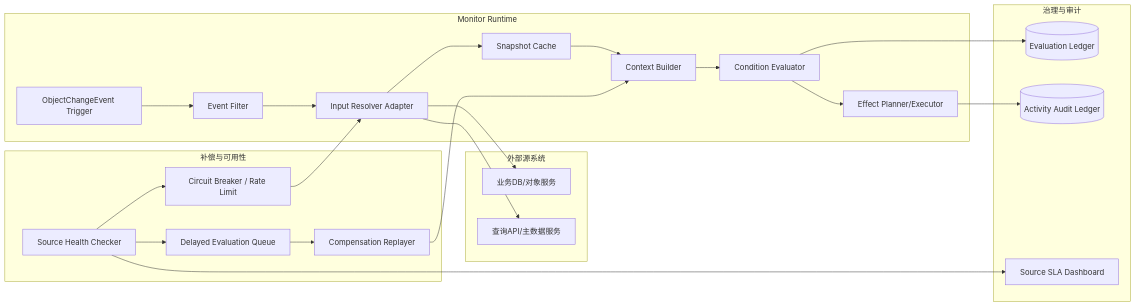
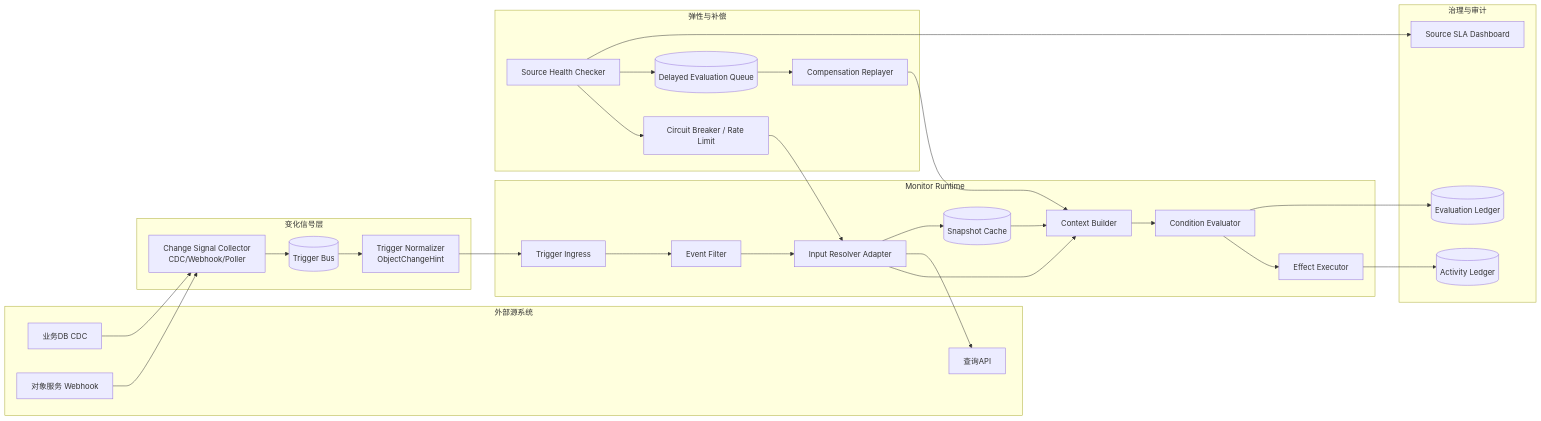
The fifth of 5 diagrams in docs/object_monitor/object_monitor_design_general.md (littleDrew/ontology), drawn with Mermaid before and after one commit. The commit also changed other lines of this file, not shown here.

````diff
--- a/docs/object_monitor/object_monitor_design_general.md
+++ b/docs/object_monitor/object_monitor_design_general.md
@@ -707,40 +613,51 @@
 ```mermaid
 flowchart LR
     subgraph SRC[外部源系统]
-      S1[业务DB/对象服务]
-      S2[查询API/主数据服务]
+      S1[业务DB CDC]
+      S2[对象服务 Webhook]
+      S3[查询API]
+    end
+
+    subgraph SIG[变化信号层]
+      T1[Change Signal Collector
+CDC/Webhook/Poller]
+      T2[(Trigger Bus)]
+      T3[Trigger Normalizer
+ObjectChangeHint]
     end
 
     subgraph RT[Monitor Runtime]
-      R1[ObjectChangeEvent Trigger]
+      R1[Trigger Ingress]
       R2[Event Filter]
       R3[Input Resolver Adapter]
-      R4[Snapshot Cache]
+      R4[(Snapshot Cache)]
       R5[Context Builder]
       R6[Condition Evaluator]
-      R7[Effect Planner/Executor]
+      R7[Effect Executor]
     end
 
-    subgraph COMP[补偿与可用性]
+    subgraph RES[弹性与补偿]
       C1[Source Health Checker]
-      C2[Delayed Evaluation Queue]
-      C3[Compensation Replayer]
-      C4[Circuit Breaker / Rate Limit]
+      C2[Circuit Breaker / Rate Limit]
+      C3[(Delayed Evaluation Queue)]
+      C4[Compensation Replayer]
     end
 
     subgraph GOV[治理与审计]
       G1[(Evaluation Ledger)]
-      G2[(Activity Audit Ledger)]
+      G2[(Activity Ledger)]
       G3[Source SLA Dashboard]
     end
 
-    R1 --> R2 --> R3
-    R3 --> S1
-    R3 --> S2
-    R3 --> R4 --> R5 --> R6 --> R7
-    C1 --> C4 --> R3
-    C1 --> C2 --> C3 --> R5
+    S1 --> T1
+    S2 --> T1
+    T1 --> T2 --> T3 --> R1
+    R1 --> R2 --> R3 --> R5 --> R6 --> R7
+    R3 --> S3
+    R3 --> R4 --> R5
+    C1 --> C2 --> R3
+    C1 --> C3 --> C4 --> R5
     R6 --> G1
     R7 --> G2
     C1 --> G3
 ```
````
